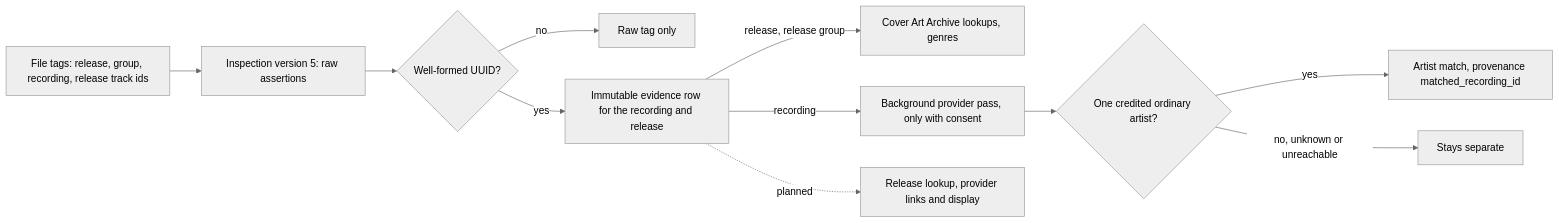
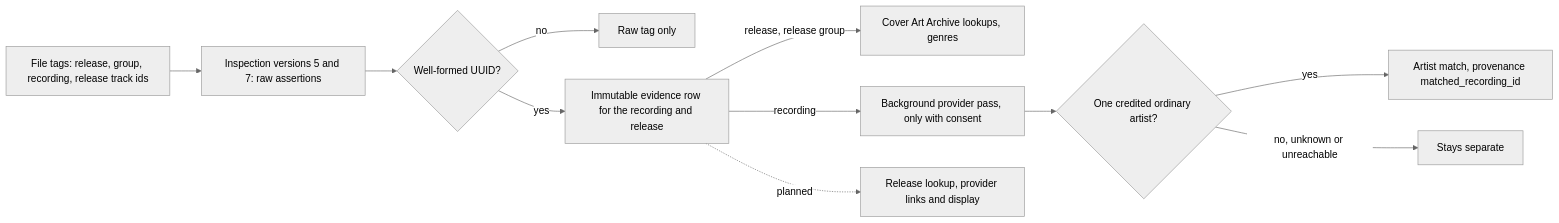
One commit to acidiney/hitoapp changed the fourth of 6 diagrams in docs/artist-matching.md. Above: the diagram before and after it, drawn with Mermaid (neutral theme). The commit also changed other lines of this file and 3 other files, not shown here.

Commit message:
Document the ID3 UFID recording identifier and the inspection version 7 upgrade

````diff
--- a/docs/artist-matching.md
+++ b/docs/artist-matching.md
@@ -191,13 +191,13 @@
 ```mermaid
 flowchart LR
-    Tag[File tags: release, group, recording, release track ids] --> Inspect[Inspection version 5: raw assertions]
+    Tag[File tags: release, group, recording, release track ids] --> Inspect[Inspection versions 5 and 7: raw assertions]
     Inspect --> Valid{Well-formed UUID?}
     Valid -->|no| Raw[Raw tag only]
     Valid -->|yes| Row[Immutable evidence row for the recording and release]
     Row -->|release, release group| Cover[Cover Art Archive lookups, genres]
     Row -->|recording| Walk[Background provider pass, only with consent]
     Walk --> Artist{One credited ordinary artist?}
     Artist -->|yes| Match[Artist match, provenance matched_recording_id]
     Artist -->|no, unknown or unreachable| Rest[Stays separate]
     Row -.->|planned| Later[Release lookup, provider links and display]
 ```
````
